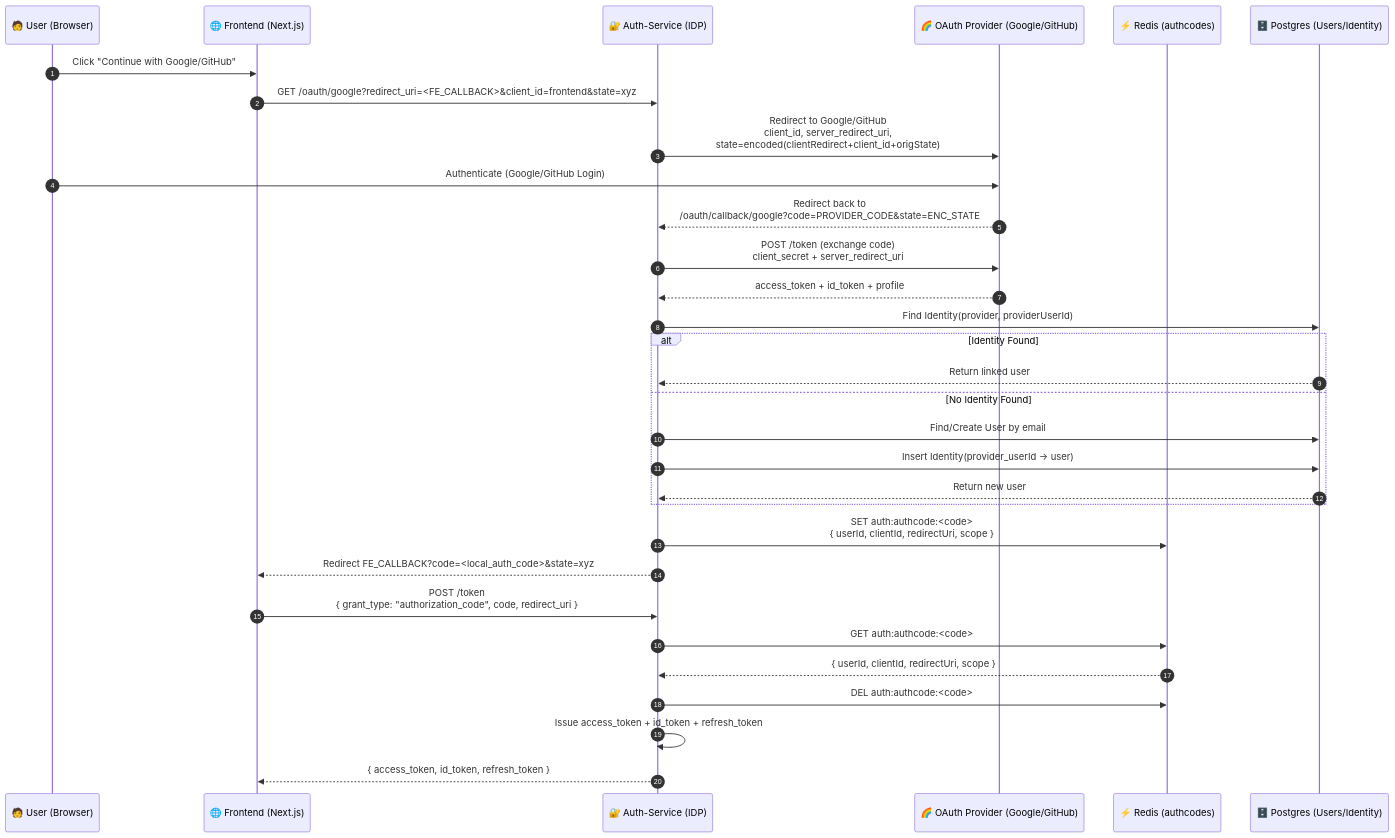
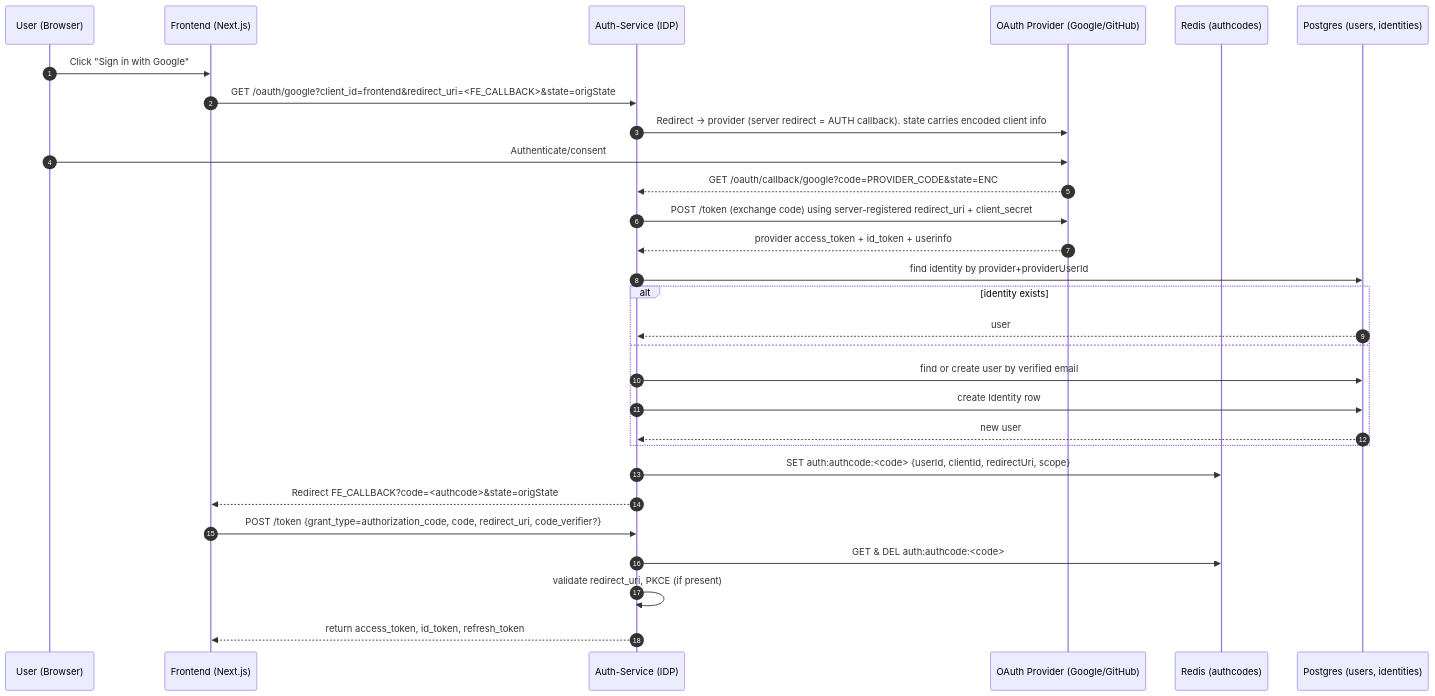
Before and after one commit to Ashutosh-Repos/Central-IdP-Identity-Provider-Design: the second of 2 diagrams in README.md, drawn with Mermaid. The commit also changed other lines of this file, not shown here.

First line of the commit message:
Revise README for Central IdP Auth-Service

````diff
--- a/README.md
+++ b/README.md
@@ -70,54 +60,37 @@
 ```mermaid
 sequenceDiagram
-    autonumber
+  autonumber
+  participant User as User (Browser)
+  participant FE as Frontend (Next.js)
+  participant AUTH as Auth-Service (IDP)
+  participant Provider as OAuth Provider (Google/GitHub)
+  participant Redis as Redis (authcodes)
+  participant DB as Postgres (users, identities)
 
-    participant User as 🧑 User (Browser)
-    participant FE as 🌐 Frontend (Next.js)
-    participant AUTH as 🔐 Auth-Service (IDP)
-    participant Provider as 🌈 OAuth Provider (Google/GitHub)
-    participant Redis as ⚡ Redis (authcodes)
-    participant DB as 🗄️ Postgres (Users/Identity)
+  User->>FE: Click "Sign in with Google"
+  FE->>AUTH: GET /oauth/google?client_id=frontend&redirect_uri=<FE_CALLBACK>&state=origState
 
-    %% --- STEP 1: USER STARTS LOGIN ---
-    User->>FE: Click "Continue with Google/GitHub"
-    FE->>AUTH: GET /oauth/google?redirect_uri=<FE_CALLBACK>&client_id=frontend&state=xyz
+  AUTH->>Provider: Redirect → provider (server redirect = AUTH callback). state carries encoded client info
+  User->>Provider: Authenticate/consent
+  Provider-->>AUTH: GET /oauth/callback/google?code=PROVIDER_CODE&state=ENC
 
-    %% --- STEP 2: REDIRECT TO PROVIDER ---
-    AUTH->>Provider: Redirect to Google/GitHub<br/>client_id, server_redirect_uri,<br/>state=encoded(clientRedirect+client_id+origState)
-    
-    %% --- STEP 3: PROVIDER LOGIN ---
-    User->>Provider: Authenticate (Google/GitHub Login)
-    Provider-->>AUTH: Redirect back to<br/>/oauth/callback/google?code=PROVIDER_CODE&state=ENC_STATE
+  AUTH->>Provider: POST /token (exchange code) using server-registered redirect_uri + client_secret
+  Provider-->>AUTH: provider access_token + id_token + userinfo
 
-    %% --- STEP 4: EXCHANGE PROVIDER CODE ---
-    AUTH->>Provider: POST /token (exchange code)<br/>client_secret + server_redirect_uri
-    Provider-->>AUTH: access_token + id_token + profile
-    
-    %% --- STEP 5: LINK / CREATE LOCAL USER ---
-    AUTH->>DB: Find Identity(provider, providerUserId)
-    alt Identity Found
-        DB-->>AUTH: Return linked user
-    else No Identity Found
-        AUTH->>DB: Find/Create User by email
-        AUTH->>DB: Insert Identity(provider_userId → user)
-        DB-->>AUTH: Return new user
-    end
+  AUTH->>DB: find identity by provider+providerUserId
+  alt identity exists
+    DB-->>AUTH: user
+  else
+    AUTH->>DB: find or create user by verified email
+    AUTH->>DB: create Identity row
+    DB-->>AUTH: new user
+  end
 
-    %% --- STEP 6: CREATE INTERNAL AUTH CODE ---
-    AUTH->>Redis: SET auth:authcode:<code><br/>{ userId, clientId, redirectUri, scope }
+  AUTH->>Redis: SET auth:authcode:<code> {userId, clientId, redirectUri, scope}
+  AUTH-->>FE: Redirect FE_CALLBACK?code=<authcode>&state=origState
 
-    %% --- STEP 7: REDIRECT BACK TO FRONTEND ---
-    AUTH-->>FE: Redirect FE_CALLBACK?code=<local_auth_code>&state=xyz
-
-    %% --- STEP 8: FRONTEND EXCHANGES CODE ---
-    FE->>AUTH: POST /token<br/>{ grant_type: "authorization_code", code, redirect_uri }
-
-    %% --- STEP 9: AUTH SERVICE VALIDATES CODE ---
-    AUTH->>Redis: GET auth:authcode:<code>
-    Redis-->>AUTH: { userId, clientId, redirectUri, scope }
-    AUTH->>Redis: DEL auth:authcode:<code>
-
-    %% --- STEP 10: RETURN TOKENS TO FRONTEND ---
-    AUTH->>AUTH: Issue access_token + id_token + refresh_token
-    AUTH-->>FE: { access_token, id_token, refresh_token }
+  FE->>AUTH: POST /token {grant_type=authorization_code, code, redirect_uri, code_verifier?}
+  AUTH->>Redis: GET & DEL auth:authcode:<code>
+  AUTH->>AUTH: validate redirect_uri, PKCE (if present)
+  AUTH-->>FE: return access_token, id_token, refresh_token
 ```
````
